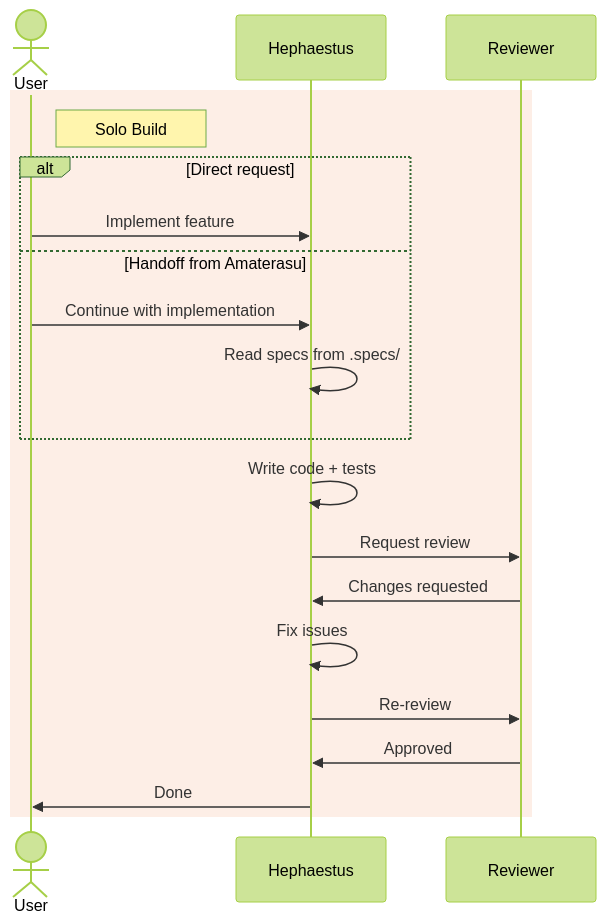
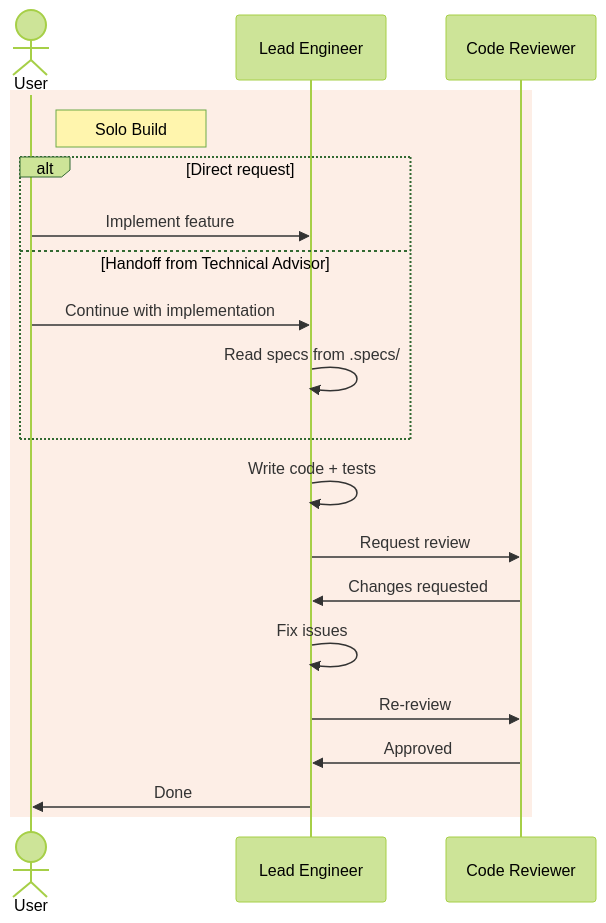
One commit to dragoscirjan/opencode-config changed the fourth of 6 diagrams in README_DEV.md. Above: the diagram before and after it, drawn with Mermaid (forest theme). The commit also changed other lines of this file and 105 other files, not shown here.

````diff
--- a/README_DEV.md
+++ b/README_DEV.md
@@ -123,23 +123,23 @@
 ```mermaid
 sequenceDiagram
     actor User
-    participant H as Hephaestus
-    participant Rev as Reviewer
+    participant LE as Lead Engineer
+    participant Rev as Code Reviewer
 
     rect rgb(234, 88, 12, 0.1)
     note right of User: Solo Build
     alt Direct request
-        User->>H: Implement feature
-    else Handoff from Amaterasu
-        User->>H: Continue with implementation
-        H->>H: Read specs from .specs/
+        User->>LE: Implement feature
+    else Handoff from Technical Advisor
+        User->>LE: Continue with implementation
+        LE->>LE: Read specs from .specs/
     end
-    H->>H: Write code + tests
-    H->>Rev: Request review
-    Rev->>H: Changes requested
-    H->>H: Fix issues
-    H->>Rev: Re-review
-    Rev->>H: Approved
-    H->>User: Done
+    LE->>LE: Write code + tests
+    LE->>Rev: Request review
+    Rev->>LE: Changes requested
+    LE->>LE: Fix issues
+    LE->>Rev: Re-review
+    Rev->>LE: Approved
+    LE->>User: Done
     end
 ```
````
